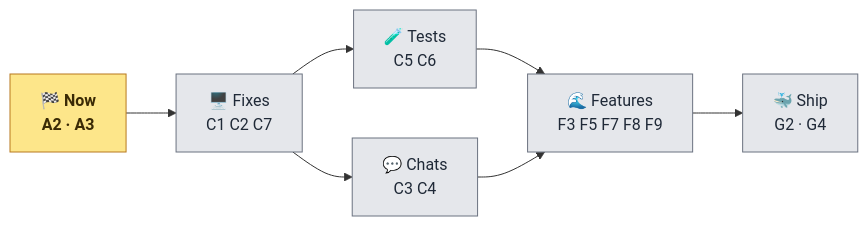
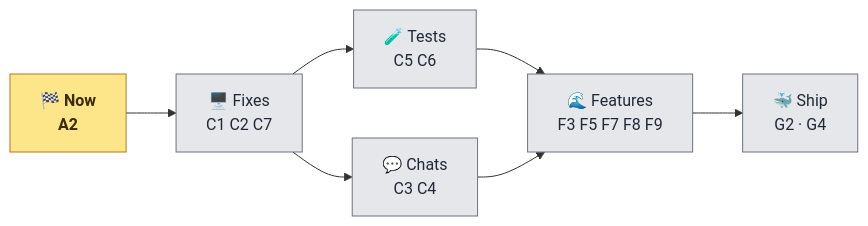
Before and after one commit to anurag-joshi-1403/Multi-Agent-AI-Platform: the third of 3 diagrams in FRONTEND_STATUS.md, drawn with Mermaid. The commit also changed other lines of this file and 2 other files, not shown here.

````diff
--- a/FRONTEND_STATUS.md
+++ b/FRONTEND_STATUS.md
@@ -194,12 +194,12 @@
 ```mermaid
 flowchart LR
     classDef now fill:#fde68a,stroke:#b7791f,color:#3a2a05,font-weight:bold
     classDef later fill:#e5e7eb,stroke:#6b7280,color:#1f2937
-    N["🏁 Now<br/>A2 · A3"] --> FX["🖥️ Fixes<br/>C1 C2 C7"] --> T["🧪 Tests<br/>C5 C6"]
+    N["🏁 Now<br/>A2"] --> FX["🖥️ Fixes<br/>C1 C2 C7"] --> T["🧪 Tests<br/>C5 C6"]
     FX --> CH["💬 Chats<br/>C3 C4"]
     T --> NEW["🌊 Features<br/>F3 F5 F7 F8 F9"]
     CH --> NEW
     NEW --> SHIP["🐳 Ship<br/>G2 · G4"]
     class N now
     class FX,T,CH,NEW,SHIP later
 ```
````
